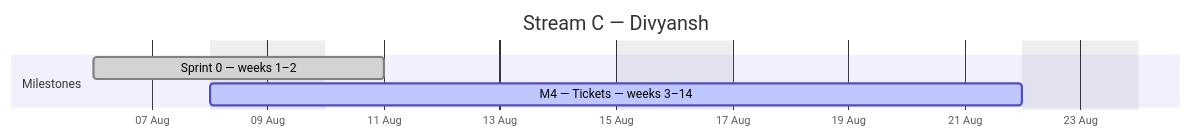
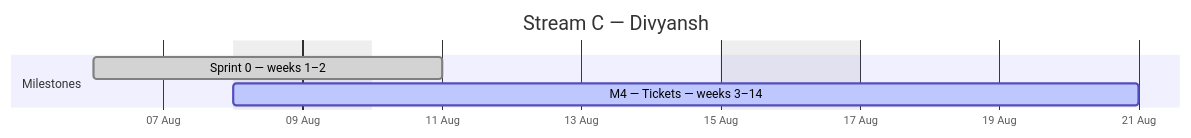
The third of 4 diagrams in docs/plan/GANTT.md (debashisedunext/EduTrack), drawn with Mermaid before and after one commit. The commit also changed other lines of this file and 3 other files, not shown here.

````diff
--- a/docs/plan/GANTT.md
+++ b/docs/plan/GANTT.md
@@ -117,10 +117,10 @@
 ```mermaid
 gantt
     dateFormat YYYY-MM-DD
     axisFormat %d %b
     title Stream C — Divyansh
     excludes weekends
     section Milestones
     Sprint 0 — weeks 1–2 :done, c0, 2026-08-06, 3d
-    M4 — Tickets — weeks 3–14 :active, c1, 2026-08-08, 11d
+    M4 — Tickets — weeks 3–14 :active, c1, 2026-08-08, 10d
 ```
````
